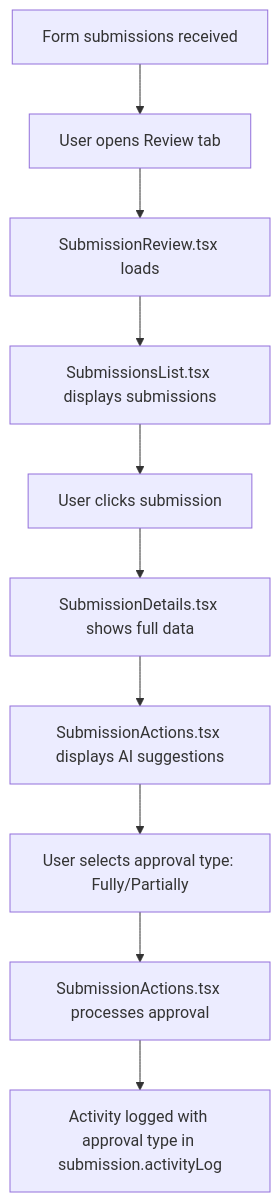
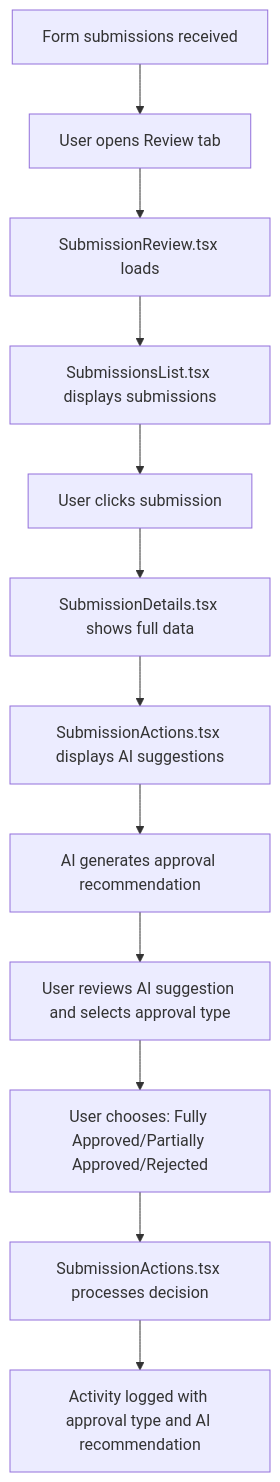
Before and after one commit to solidrange/solidrange-form-flow: the third of 4 diagrams in Resources/FILE_STRUCTURE_AND_FLOW.md, drawn with Mermaid. The commit also changed other lines of this file and 3 other files, not shown here.

````diff
--- a/Resources/FILE_STRUCTURE_AND_FLOW.md
+++ b/Resources/FILE_STRUCTURE_AND_FLOW.md
@@ -224,12 +234,14 @@
 ```mermaid
 graph TD
     A[Form submissions received] --> B[User opens Review tab]
     B --> C[SubmissionReview.tsx loads]
     C --> D[SubmissionsList.tsx displays submissions]
     D --> E[User clicks submission]
     E --> F[SubmissionDetails.tsx shows full data]
     F --> G[SubmissionActions.tsx displays AI suggestions]
-    G --> H[User selects approval type: Fully/Partially]
-    H --> I[SubmissionActions.tsx processes approval]
-    I --> J[Activity logged with approval type in submission.activityLog]
+    G --> H[AI generates approval recommendation]
+    H --> I[User reviews AI suggestion and selects approval type]
+    I --> J[User chooses: Fully Approved/Partially Approved/Rejected]
+    J --> K[SubmissionActions.tsx processes decision]
+    K --> L[Activity logged with approval type and AI recommendation]
 ```
````
